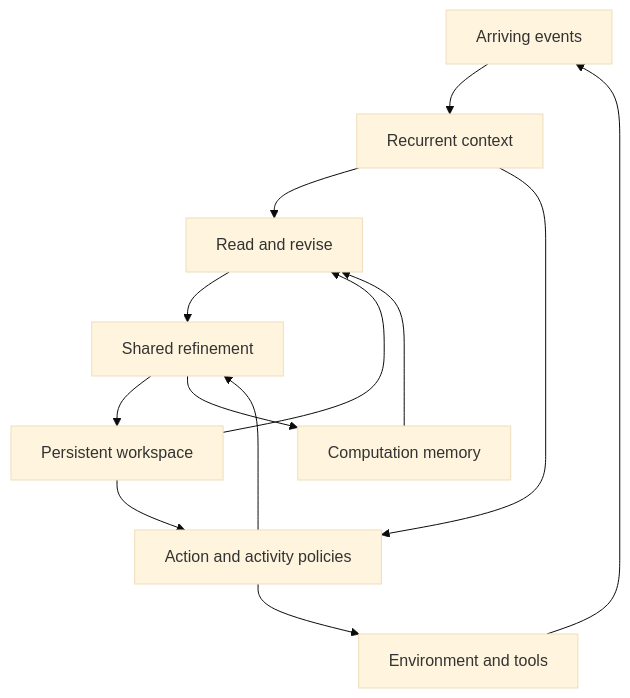
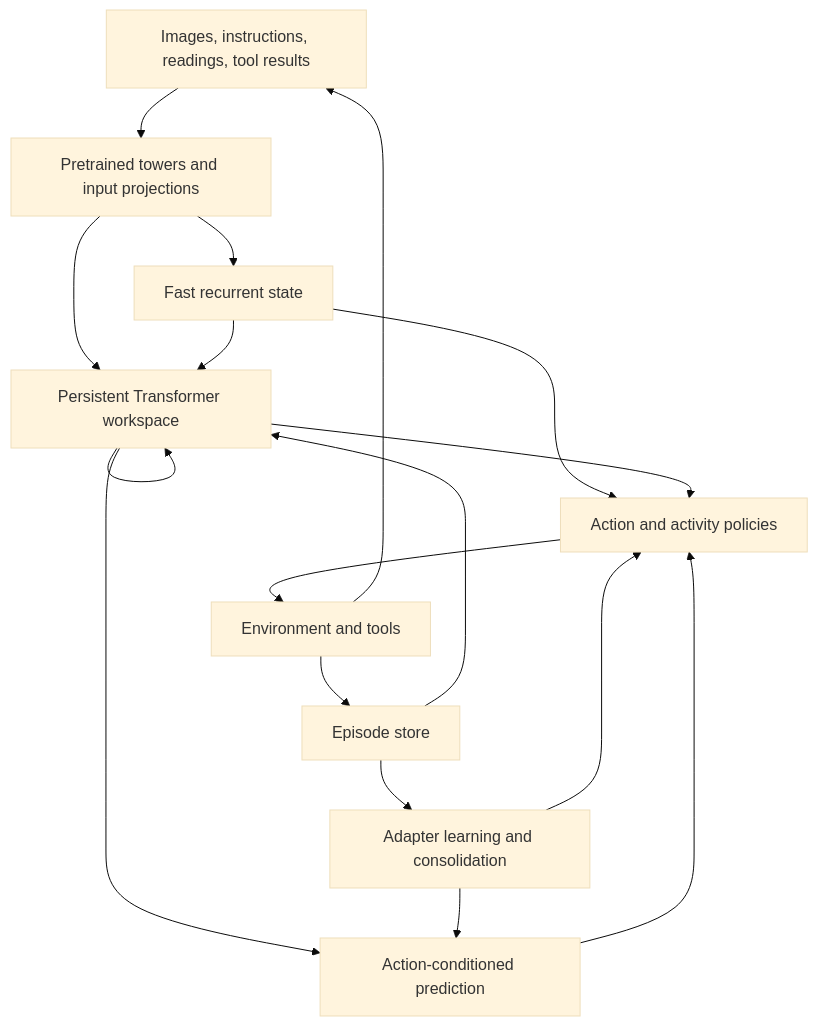
The diagram in DESIGN.md (Cherish0925/continual-decision-model), drawn with Mermaid (base theme) before and after one commit. The commit also changed other lines of this file and 14 other files, not shown here.

First line of the commit message:
Select the first multimodal CDM architecture and add its input path

````diff
--- a/DESIGN.md
+++ b/DESIGN.md
@@ -44,15 +28,19 @@
-```mermaid
+~~~mermaid
 flowchart TD
-    E[Arriving events] --> C[Recurrent context]
-    C --> R[Read and revise]
-    M[Computation memory] --> R
-    Z[Persistent workspace] --> R
-    R --> F[Shared refinement]
-    F --> Z
-    F --> M
-    C --> P[Action and activity policies]
-    Z --> P
-    P --> F
-    P --> W[Environment and tools]
-    W --> E
-```
+    E["Images, instructions, readings, tool results"] --> P["Pretrained towers and input projections"]
+    P --> H["Fast recurrent state"]
+    P --> Z["Persistent Transformer workspace"]
+    H --> Z
+    Z --> Z
+    H --> A["Action and activity policies"]
+    Z --> A
+    Z --> W["Action-conditioned prediction"]
+    W --> A
+    A --> X["Environment and tools"]
+    X --> E
+    X --> M["Episode store"]
+    M --> Z
+    M --> L["Adapter learning and consolidation"]
+    L --> W
+    L --> A
+~~~
````
